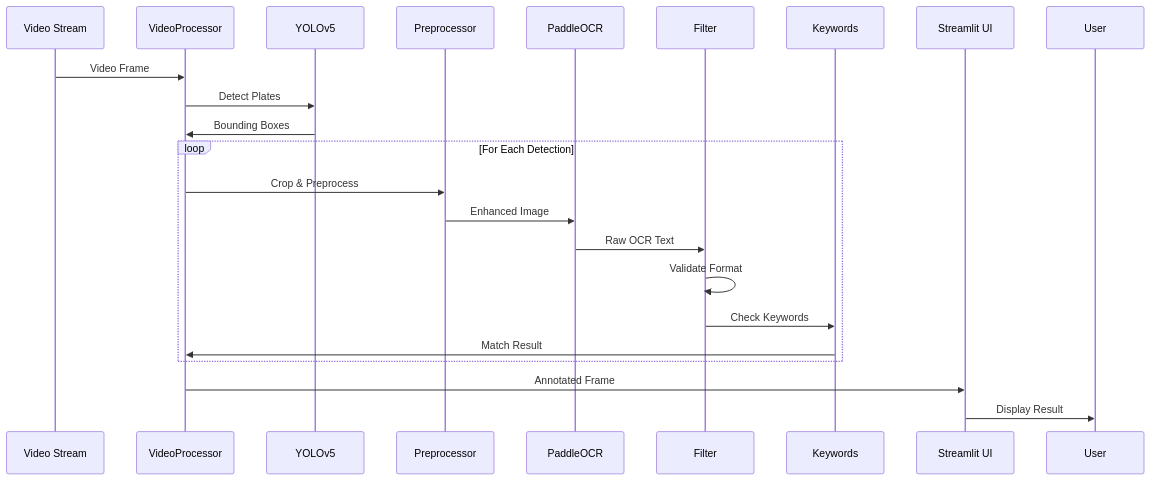
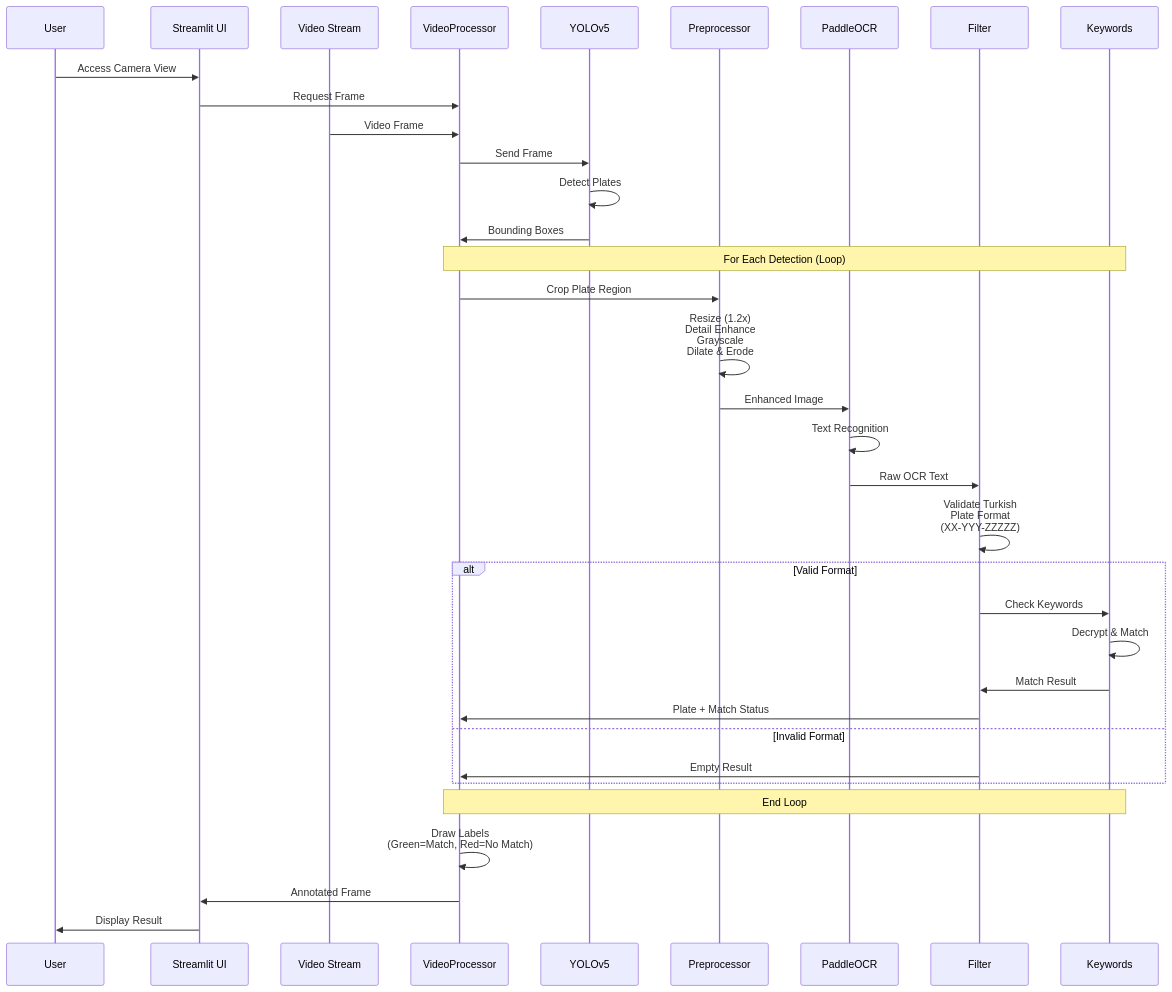
The second of 3 diagrams in README.md (baloglu321/plate_rec), drawn with Mermaid before and after one commit.

Commit message:
Update README.md
Updated how it works diagram

````diff
--- a/README.md
+++ b/README.md
@@ -337,25 +337,46 @@
 ```mermaid
 sequenceDiagram
-    participant V as Video Stream
+    participant User
+    participant UI as Streamlit UI
+    participant VS as Video Stream
     participant VP as VideoProcessor
     participant Y as YOLOv5
     participant P as Preprocessor
-    participant O as PaddleOCR
+    participant OCR as PaddleOCR
     participant F as Filter
     participant K as Keywords
-    participant UI as Streamlit UI
     
-    V->>VP: Video Frame
-    VP->>Y: Detect Plates
+    User->>UI: Access Camera View
+    UI->>VP: Request Frame
+    VS->>VP: Video Frame
+    
+    VP->>Y: Send Frame
+    Y->>Y: Detect Plates
     Y->>VP: Bounding Boxes
-    loop For Each Detection
-        VP->>P: Crop & Preprocess
-        P->>O: Enhanced Image
-        O->>F: Raw OCR Text
-        F->>F: Validate Format
+    
+    Note over VP,K: For Each Detection (Loop)
+    
+    VP->>P: Crop Plate Region
+    P->>P: Resize (1.2x)<br/>Detail Enhance<br/>Grayscale<br/>Dilate & Erode
+    P->>OCR: Enhanced Image
+    
+    OCR->>OCR: Text Recognition
+    OCR->>F: Raw OCR Text
+    
+    F->>F: Validate Turkish<br/>Plate Format<br/>(XX-YYY-ZZZZZ)
+    
+    alt Valid Format
         F->>K: Check Keywords
-        K->>VP: Match Result
+        K->>K: Decrypt & Match
+        K->>F: Match Result
+        F->>VP: Plate + Match Status
+    else Invalid Format
+        F->>VP: Empty Result
     end
+    
+    Note over VP,K: End Loop
+    
+    VP->>VP: Draw Labels<br/>(Green=Match, Red=No Match)
     VP->>UI: Annotated Frame
     UI->>User: Display Result
 ```
````
